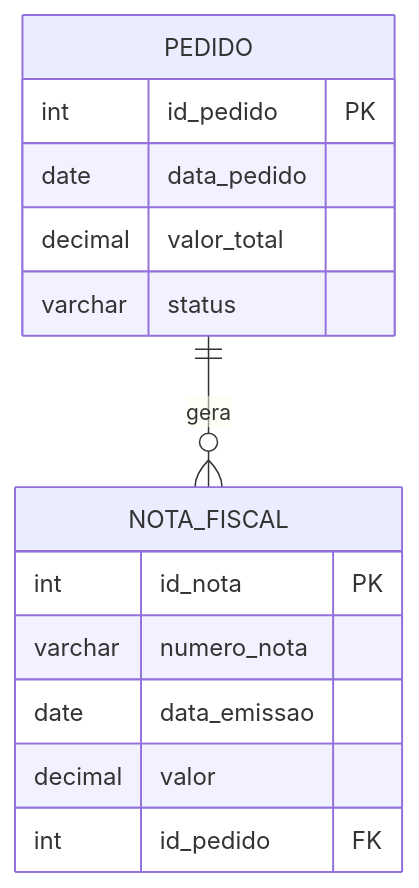
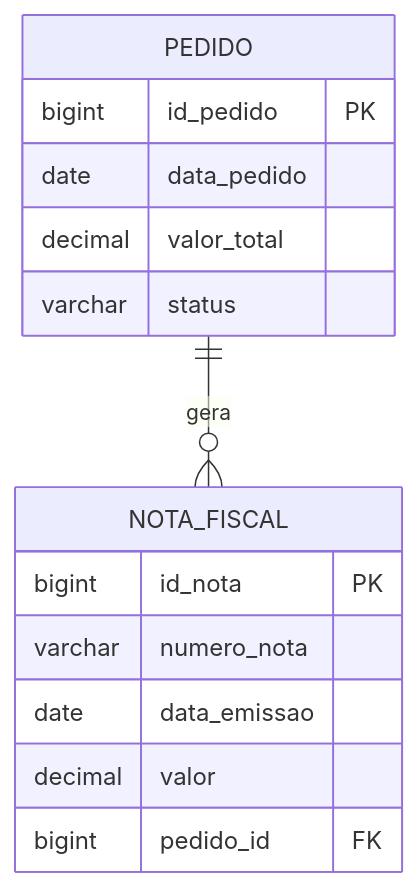
Before and after one commit to DSM-Fatec-Jahu/Banco-de-Dados-Relacional-IBD015: the sixth of 12 diagrams in aulas/Cardinalidade_MER_Completo.md, drawn with Mermaid. The commit also changed other lines of this file and 13 other files, not shown here.

````diff
--- a/aulas/Cardinalidade_MER_Completo.md
+++ b/aulas/Cardinalidade_MER_Completo.md
@@ -310,19 +310,19 @@
 ```mermaid
 erDiagram
     PEDIDO {
-        int id_pedido PK
+        bigint id_pedido PK
         date data_pedido
         decimal valor_total
         varchar status
     }
 
     NOTA_FISCAL {
-        int id_nota PK
+        bigint id_nota PK
         varchar numero_nota
         date data_emissao
         decimal valor
-        int id_pedido FK
+        bigint pedido_id FK
     }
 
     PEDIDO ||--o{ NOTA_FISCAL : "gera"
 ```
````
